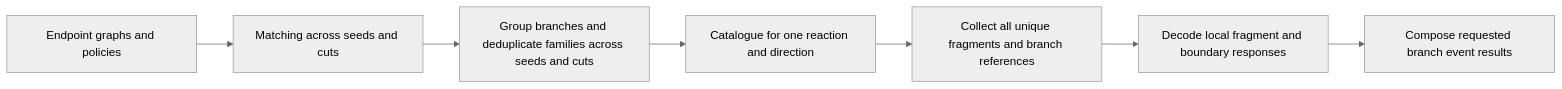
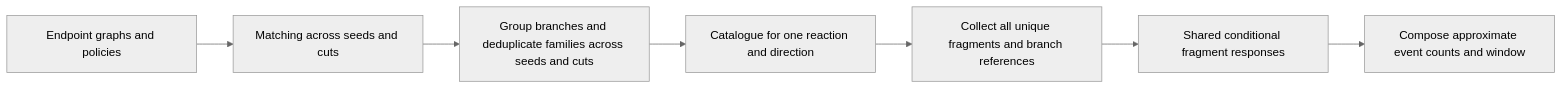
One commit to yunhzou/MAPPA-AAM changed the first of 6 diagrams in design.md. Above: the diagram before and after it, drawn with Mermaid (neutral theme). The commit also changed other lines of this file and 25 other files, not shown here.

Commit message:
Apply fragment event window with fixed boundaries and one sweep correction

````diff
--- a/design.md
+++ b/design.md
@@ -11,9 +11,9 @@
 ```mermaid
 flowchart LR
     Input[Endpoint graphs and policies] --> Matching[Matching across seeds and cuts]
     Matching --> Reduce[Group branches and deduplicate families across seeds and cuts]
     Reduce --> Catalogue[Catalogue for one reaction and direction]
     Catalogue --> Inventory[Collect all unique fragments and branch references]
-    Inventory --> Local[Decode local fragment and boundary responses]
-    Local --> Compose[Compose requested branch event results]
+    Inventory --> Local[Shared conditional fragment responses]
+    Local --> Compose[Compose approximate event counts and window]
 ```
````
